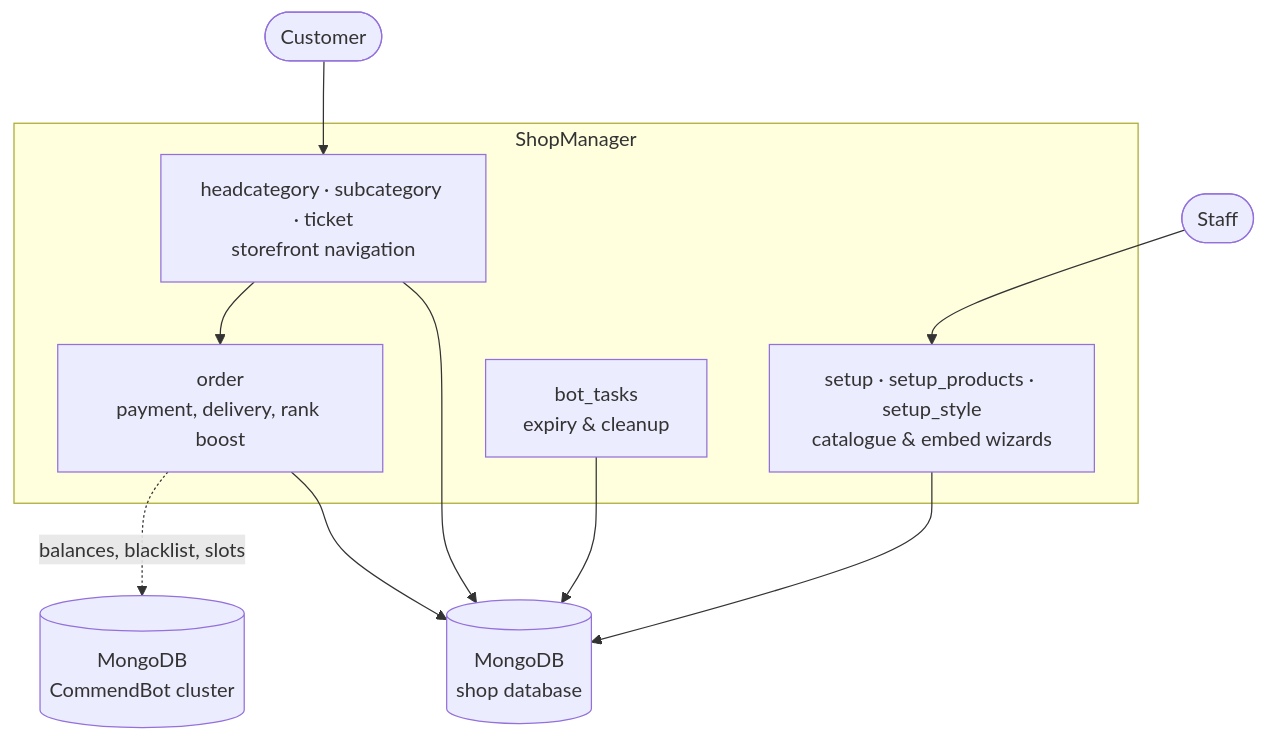
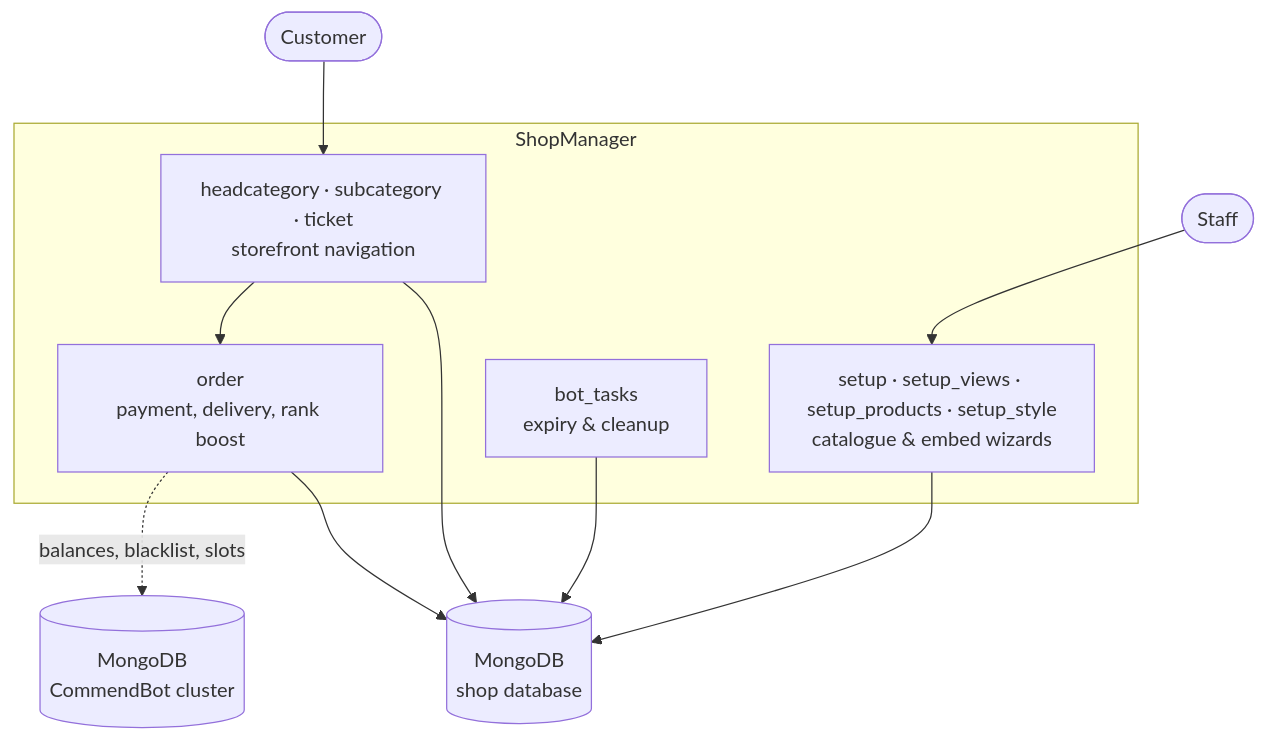
The diagram in README.md (PeterLinuxOSS/shopmanager), drawn with Mermaid before and after one commit. The commit also changed other lines of this file and 14 other files, not shown here.

````diff
--- a/README.md
+++ b/README.md
@@ -33,21 +33,21 @@
 ```mermaid
 flowchart TB
     C(["Customer"])
     S(["Staff"])
 
     subgraph bot ["ShopManager"]
-        SETUP["setup · setup_products · setup_style<br/>catalogue &amp; embed wizards"]
+        SETUP["setup · setup_views · setup_products · setup_style<br/>catalogue &amp; embed wizards"]
         STORE["headcategory · subcategory · ticket<br/>storefront navigation"]
         ORDER["order<br/>payment, delivery, rank boost"]
         TASKS["bot_tasks<br/>expiry &amp; cleanup"]
     end
 
     SHOP[("MongoDB<br/>shop database")]
     CB[("MongoDB<br/>CommendBot cluster")]
 
     S --> SETUP --> SHOP
     C --> STORE --> SHOP
     STORE --> ORDER --> SHOP
     ORDER -.->|"balances, blacklist, slots"| CB
     TASKS --> SHOP
 ```
````
